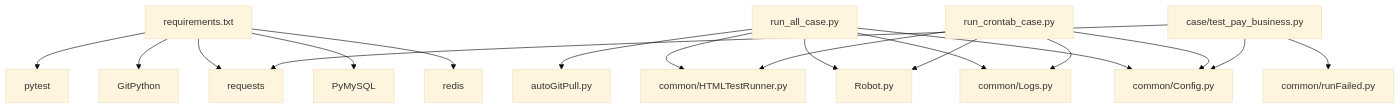
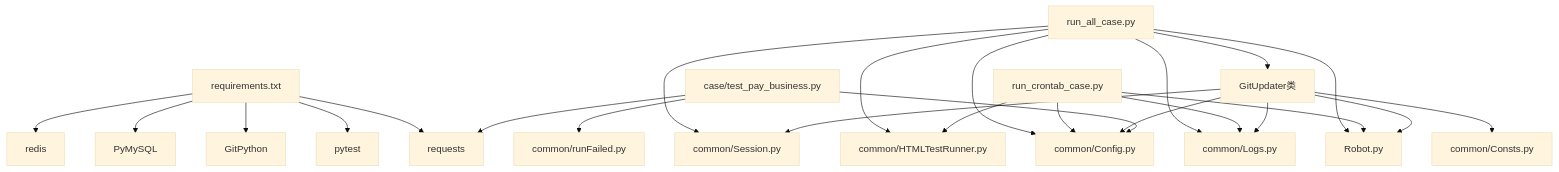
One commit to liximing1-ola/qa-payTest changed diagram 13 of 13 in .qoder/repowiki/zh/content/自动化与CI_CD.md. Above: the diagram before and after it, drawn with Mermaid (base theme). The commit also changed other lines of this file and 14 other files, not shown here.

````diff
--- a/.qoder/repowiki/zh/content/自动化与CI_CD.md
+++ b/.qoder/repowiki/zh/content/自动化与CI_CD.md
@@ -370,20 +467,26 @@
 ```mermaid
 graph TB
 REQ["requirements.txt"] --> PYTEST["pytest"]
 REQ --> GITPY["GitPython"]
 REQ --> REQMOD["requests"]
 REQ --> MYSQL["PyMySQL"]
 REQ --> REDIS["redis"]
-RUNALL["run_all_case.py"] --> AUTO["autoGitPull.py"]
+RUNALL["run_all_case.py"] --> GITUPDATER["GitUpdater类"]
 RUNALL --> HTML["common/HTMLTestRunner.py"]
 RUNALL --> ROBOT["Robot.py"]
 RUNALL --> LOGS["common/Logs.py"]
 RUNALL --> CONF["common/Config.py"]
+RUNALL --> SESSION["common/Session.py"]
 RUNCRT["run_crontab_case.py"] --> HTML
 RUNCRT --> ROBOT
 RUNCRT --> LOGS
 RUNCRT --> CONF
+GITUPDATER --> CONF
+GITUPDATER --> SESSION
+GITUPDATER --> LOGS
+GITUPDATER --> CONSTS["common/Consts.py"]
+GITUPDATER --> ROBOT
 TESTCASE["case/test_pay_business.py"] --> RETRY["common/runFailed.py"]
 TESTCASE --> CONF
 TESTCASE --> REQMOD
 ```
````
